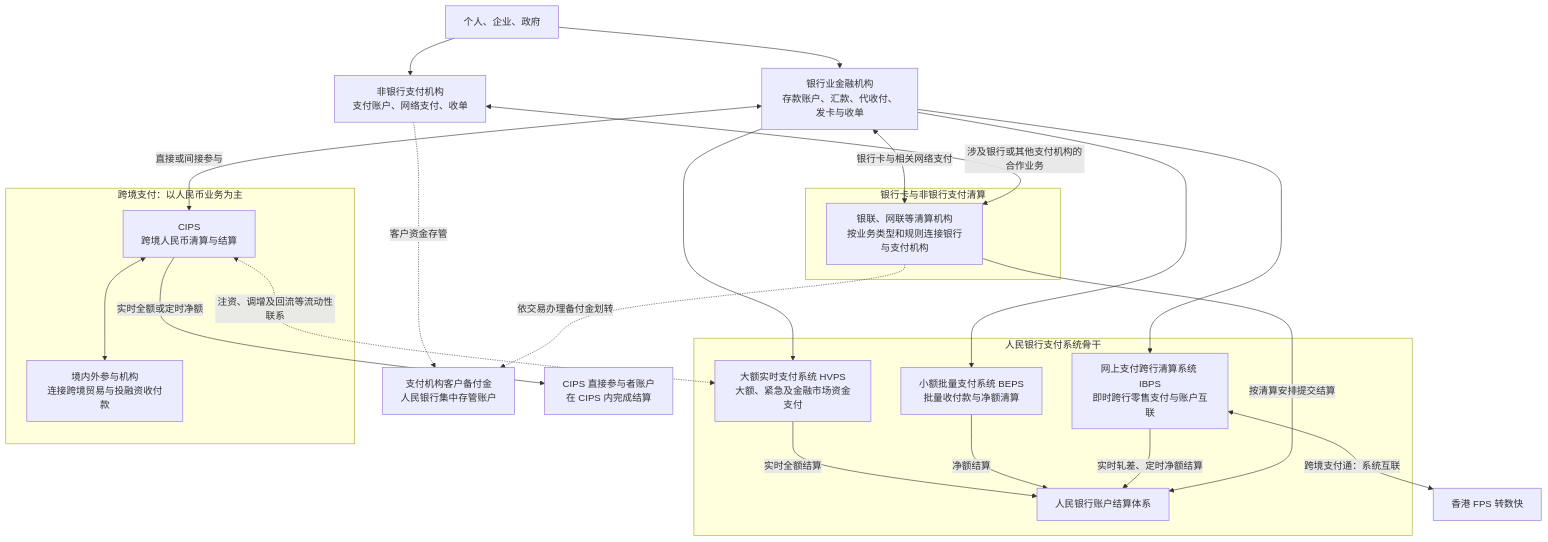
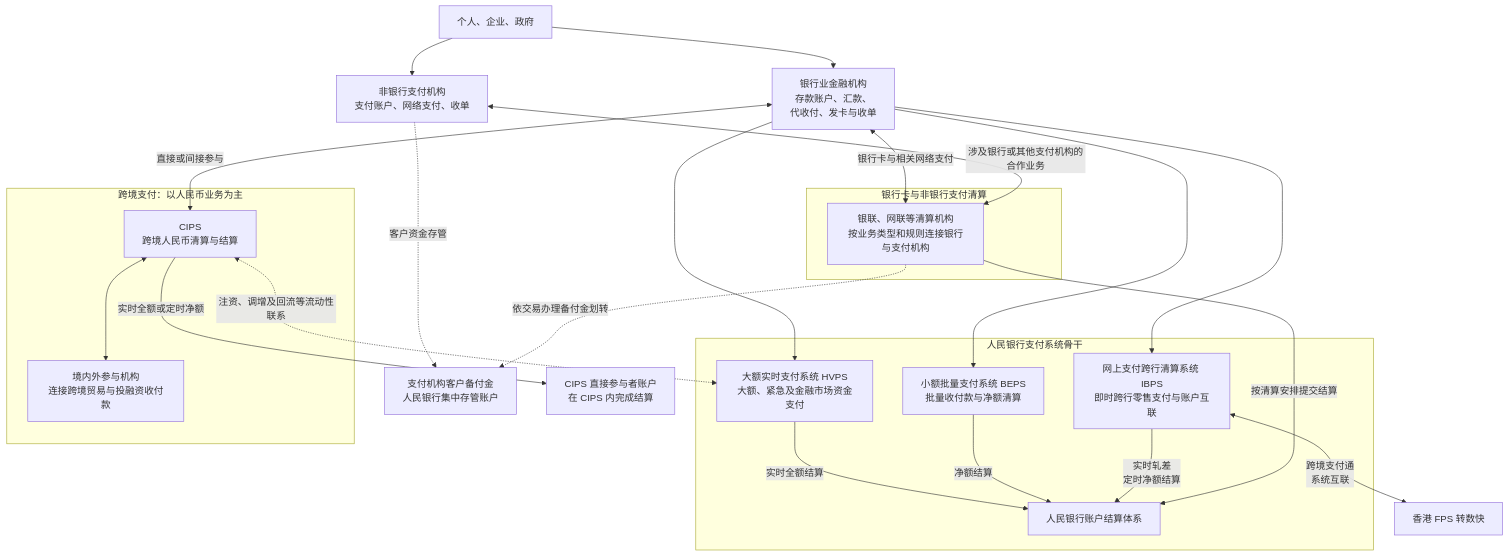
One commit to WCY-dt/blog changed the eighth of 29 diagrams in _posts/2026-09-05-交易模型.md. Above: the diagram before and after it, drawn with Mermaid. The commit also changed other lines of this file, not shown here.

````diff
--- a/_posts/2026-09-05-交易模型.md
+++ b/_posts/2026-09-05-交易模型.md
@@ -732,50 +832,50 @@
 ```mermaid
 flowchart TB
     U["个人、企业、政府"]
 
-    BANK["银行业金融机构<br/>存款账户、汇款、代收付、发卡与收单"]
+    BANK["银行业金融机构<br/>存款账户、汇款、<br>代收付、发卡与收单"]
     PAY["非银行支付机构<br/>支付账户、网络支付、收单"]
 
     U --> BANK
     U --> PAY
 
     subgraph MARKET["银行卡与非银行支付清算"]
         CLEAR["银联、网联等清算机构<br/>按业务类型和规则连接银行与支付机构"]
     end
 
     BANK <-->|"银行卡与相关网络支付"| CLEAR
     PAY <-->|"涉及银行或其他支付机构的合作业务"| CLEAR
 
     subgraph CORE["人民银行支付系统骨干"]
         HVPS["大额实时支付系统 HVPS<br/>大额、紧急及金融市场资金支付"]
         BEPS["小额批量支付系统 BEPS<br/>批量收付款与净额清算"]
         IBPS["网上支付跨行清算系统 IBPS<br/>即时跨行零售支付与账户互联"]
         SETTLE["人民银行账户结算体系"]
     end
 
     BANK --> HVPS
     BANK --> BEPS
     BANK --> IBPS
     HVPS -->|"实时全额结算"| SETTLE
     BEPS -->|"净额结算"| SETTLE
-    IBPS -->|"实时轧差、定时净额结算"| SETTLE
+    IBPS -->|"实时轧差<br>定时净额结算"| SETTLE
     CLEAR -->|"按清算安排提交结算"| SETTLE
 
     RESERVE["支付机构客户备付金<br/>人民银行集中存管账户"]
     PAY -. "客户资金存管" .-> RESERVE
     CLEAR -. "依交易办理备付金划转" .-> RESERVE
 
     subgraph CROSS["跨境支付：以人民币业务为主"]
         CIPS["CIPS<br/>跨境人民币清算与结算"]
         OVERSEA["境内外参与机构<br/>连接跨境贸易与投融资收付款"]
     end
 
     BANK <-->|"直接或间接参与"| CIPS
     CIPS <--> OVERSEA
     CIPS_ACCOUNT["CIPS 直接参与者账户<br/>在 CIPS 内完成结算"]
     CIPS -->|"实时全额或定时净额"| CIPS_ACCOUNT
     CIPS <-. "注资、调增及回流等流动性联系" .-> HVPS
 
     HKFPS["香港 FPS 转数快"]
-    IBPS <-->|"跨境支付通：系统互联"| HKFPS
+    IBPS <-->|"跨境支付通<br>系统互联"| HKFPS
 ```
````
